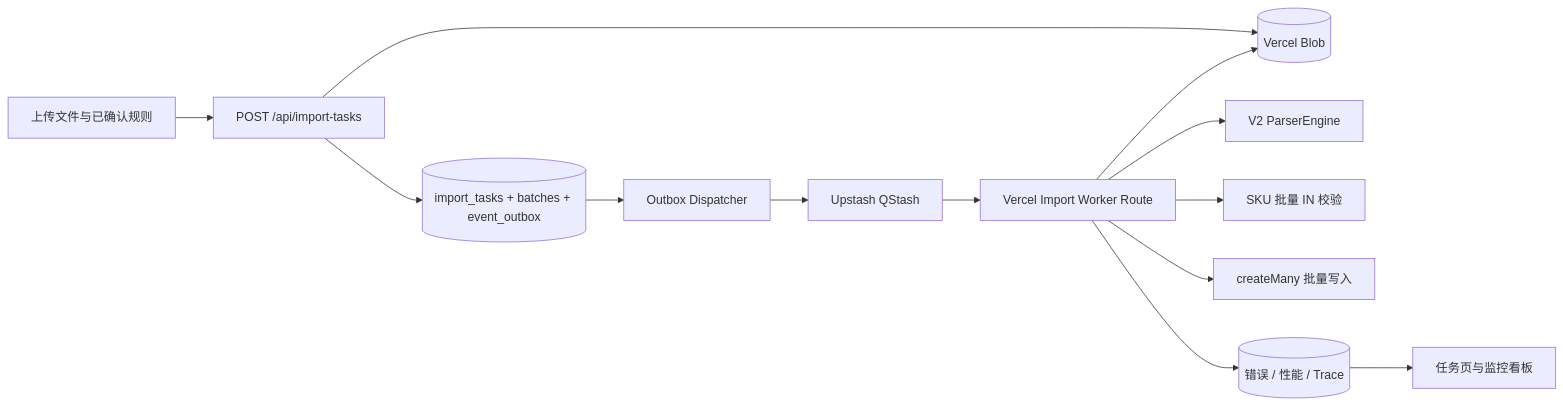
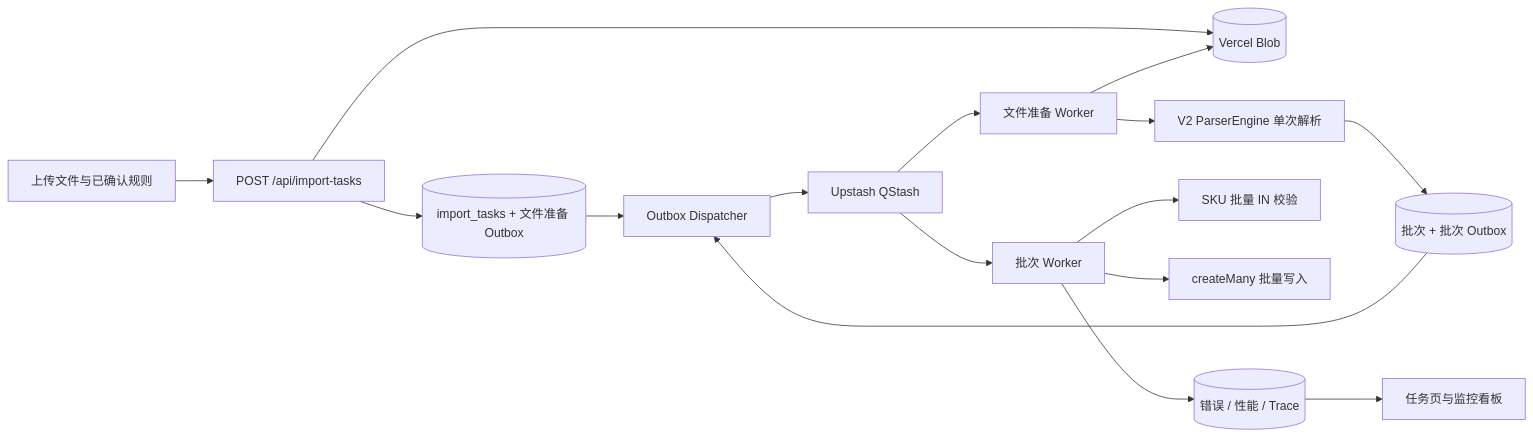
Before and after one commit to mdzmjfreedom/my-vercel-app-0807: the diagram in docs/V4-架构设计.md, drawn with Mermaid. The commit also changed other lines of this file and 6 other files, not shown here.

````diff
--- a/docs/V4-架构设计.md
+++ b/docs/V4-架构设计.md
@@ -3,15 +3,18 @@
 ```mermaid
 flowchart LR
   U[上传文件与已确认规则] --> API[POST /api/import-tasks]
-  API --> TX[(import_tasks + batches + event_outbox)]
+  API --> TX1[(import_tasks + 文件准备 Outbox)]
   API --> BS[(Vercel Blob)]
-  TX --> D[Outbox Dispatcher]
+  TX1 --> D[Outbox Dispatcher]
   D --> Q[Upstash QStash]
-  Q --> W[Vercel Import Worker Route]
-  W --> BS
-  W --> P[V2 ParserEngine]
-  W --> S[SKU 批量 IN 校验]
-  W --> B[createMany 批量写入]
-  W --> O[(错误 / 性能 / Trace)]
+  Q --> PW[文件准备 Worker]
+  PW --> BS
+  PW --> P[V2 ParserEngine 单次解析]
+  P --> TX2[(批次 + 批次 Outbox)]
+  TX2 --> D
+  Q --> BW[批次 Worker]
+  BW --> S[SKU 批量 IN 校验]
+  BW --> B[createMany 批量写入]
+  BW --> O[(错误 / 性能 / Trace)]
   O --> UI[任务页与监控看板]
 ```
````
